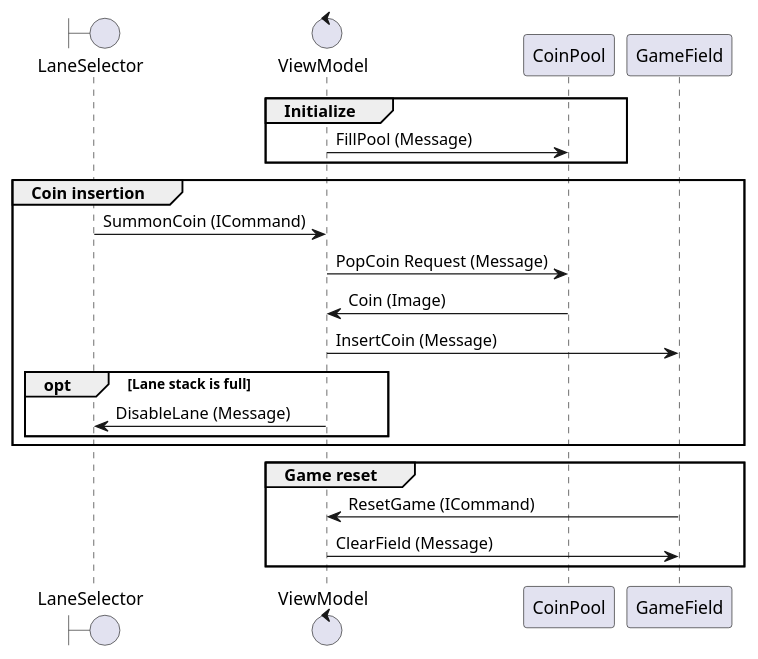
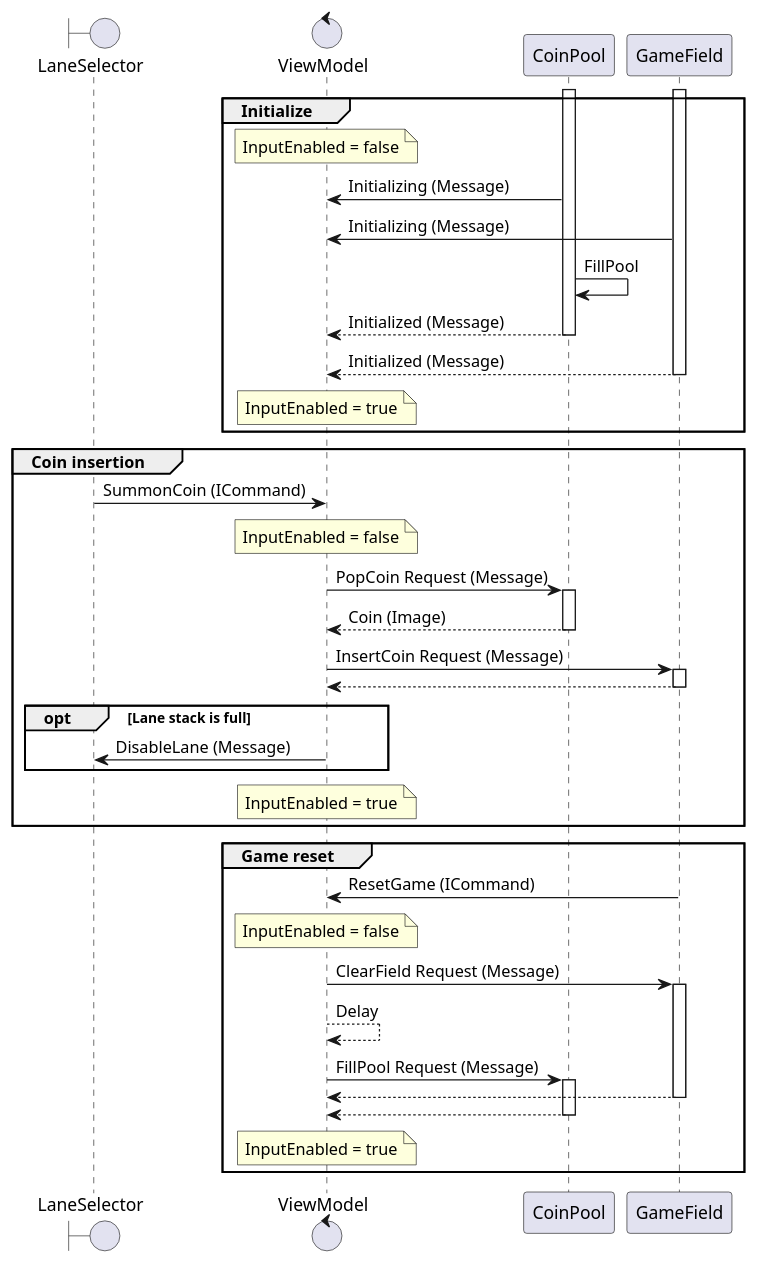
The second of 3 diagrams in uml/GomokuNarabe.puml (tatsuya19871219/MauiGomokuNarabeGame), drawn with PlantUML before and after one commit.

Commit message:
Update UML (Sequence diagram)

```diff
--- a/uml/GomokuNarabe.puml
+++ b/uml/GomokuNarabe.puml
@@ -60,29 +60,53 @@
 @startuml SequenceDiagram
 
 boundary LaneSelector
 control ViewModel
 
 
 group Initialize
-ViewModel -> CoinPool : FillPool (Message)
+note over ViewModel : InputEnabled = false
+Activate CoinPool
+Activate GameField
+CoinPool -> ViewModel : Initializing (Message)
+GameField -> ViewModel : Initializing (Message)
+CoinPool -> CoinPool : FillPool
+CoinPool --> ViewModel : Initialized (Message)
+Deactivate CoinPool
+GameField --> ViewModel : Initialized (Message)
+Deactivate GameField
+note over ViewModel : InputEnabled = true
 end
 
 group Coin insertion
 LaneSelector -> ViewModel : SummonCoin (ICommand)
+note over ViewModel : InputEnabled = false
 ViewModel -> CoinPool : PopCoin Request (Message)
-CoinPool -> ViewModel : Coin (Image)
-ViewModel -> GameField : InsertCoin (Message)
+Activate CoinPool
+CoinPool --> ViewModel : Coin (Image)
+Deactivate CoinPool
+ViewModel -> GameField : InsertCoin Request (Message)
+Activate GameField
+GameField --> ViewModel
+Deactivate GameField
 opt Lane stack is full
 ViewModel -> LaneSelector : DisableLane (Message)
 end
+note over ViewModel : InputEnabled = true
 end
 
 group Game reset
 GameField -> ViewModel : ResetGame (ICommand)
-'ViewModel -> Model : Reset (Method)
-ViewModel -> GameField : ClearField (Message)
-'ViewModel -> GameField : Reset (Message)
-'ViewModel -> CoinPool : Reset (Message)
+note over ViewModel : InputEnabled = false
+ViewModel -> GameField : ClearField Request (Message)
+Activate GameField
+ViewModel --> ViewModel : Delay
+ViewModel -> CoinPool : FillPool Request (Message)
+Activate CoinPool
+GameField --> ViewModel
+Deactivate GameField
+CoinPool --> ViewModel
+Deactivate CoinPool
+note over ViewModel : InputEnabled = true
 end
 
 @enduml
```
